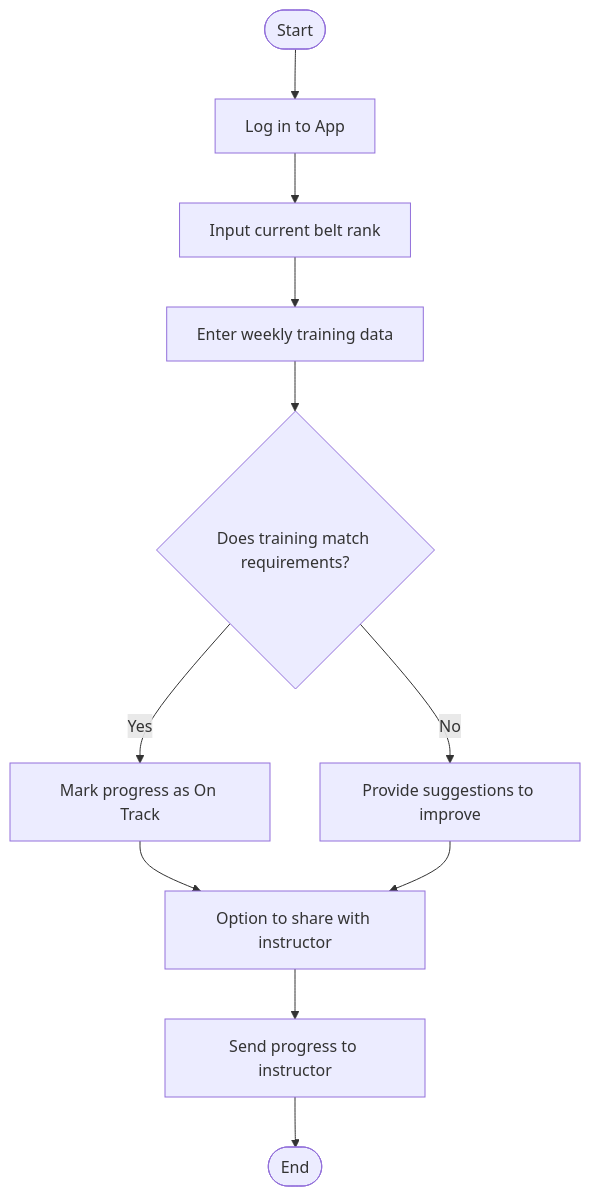
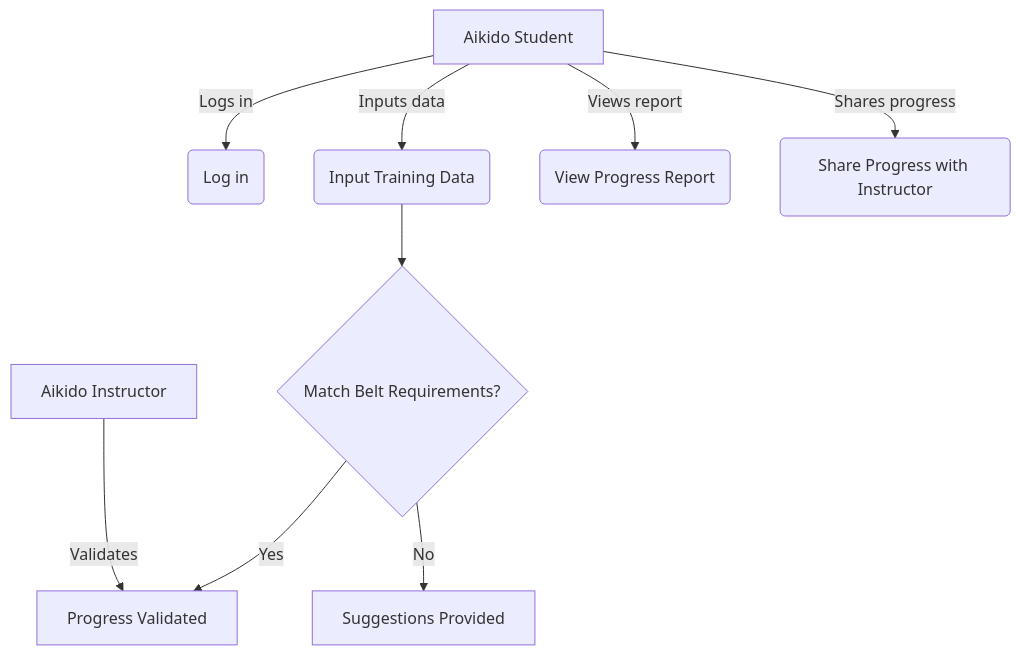
The second of 3 diagrams in Week 1/Project Schedule  /AikidoProject.md (ADirin/OTP1_LectureMaterial), drawn with Mermaid before and after one commit.

`````diff
--- a/Week 1/Project Schedule  /AikidoProject.md
+++ b/Week 1/Project Schedule  /AikidoProject.md
@@ -108,14 +108,12 @@
 ````mermaid
 flowchart TD
-    A([Start]) --> B[Log in to App]
-    B --> C[Input current belt rank]
-    C --> D[Enter weekly training data]
-    D --> E{Does training match requirements?}
-    E -- Yes --> F[Mark progress as On Track]
-    E -- No --> G[Provide suggestions to improve]
-    F --> H[Option to share with instructor]
-    G --> H[Option to share with instructor]
-    H --> I[Send progress to instructor]
-    I --> J([End])
+    A[Aikido Student] -->|Logs in| B(Log in)
+    A -->|Inputs data| C(Input Training Data)
+    A -->|Views report| D(View Progress Report)
+    A -->|Shares progress| E(Share Progress with Instructor)
+    C --> F{Match Belt Requirements?}
+    F -->|Yes| G[Progress Validated]
+    F -->|No| H[Suggestions Provided]
+    I[Aikido Instructor] -->|Validates| G
 
 ````
`````
